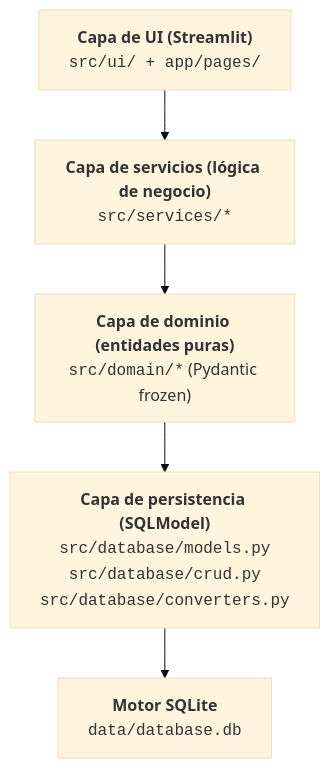
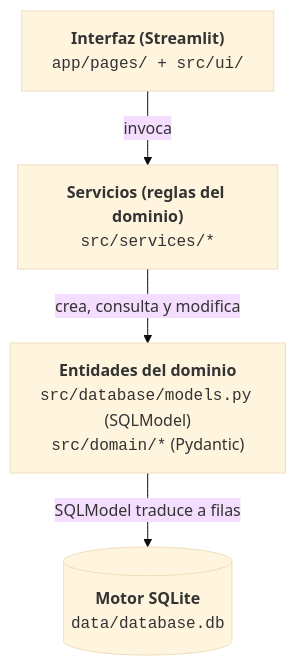
Before and after one commit to l-antonelli/gestor-aulas: the diagram in project/Informe/anexos/Anexo_Base_de_Datos.md, drawn with Mermaid (base theme). The commit also changed other lines of this file and 8 other files, not shown here.

````diff
--- a/project/Informe/anexos/Anexo_Base_de_Datos.md
+++ b/project/Informe/anexos/Anexo_Base_de_Datos.md
@@ -63,10 +66,11 @@
 ```mermaid
 flowchart TD
-    UI["<b>Capa de UI (Streamlit)</b><br/><code>src/ui/ + app/pages/</code>"]
-    SVC["<b>Capa de servicios (lógica de negocio)</b><br/><code>src/services/*</code>"]
-    DOM["<b>Capa de dominio (entidades puras)</b><br/><code>src/domain/*</code> (Pydantic frozen)"]
-    PER["<b>Capa de persistencia (SQLModel)</b><br/><code>src/database/models.py<br/>src/database/crud.py<br/>src/database/converters.py</code>"]
-    SQL["<b>Motor SQLite</b><br/><code>data/database.db</code>"]
+    UI["<b>Interfaz (Streamlit)</b><br/><code>app/pages/ + src/ui/</code>"]
+    SVC["<b>Servicios (reglas del dominio)</b><br/><code>src/services/*</code>"]
+    ENT["<b>Entidades del dominio</b><br/><code>src/database/models.py</code> (SQLModel)<br/><code>src/domain/*</code> (Pydantic)"]
+    SQL[("<b>Motor SQLite</b><br/><code>data/database.db</code>")]
 
-    UI --> SVC --> DOM --> PER --> SQL
+    UI -->|invoca| SVC
+    SVC -->|crea, consulta y modifica| ENT
+    ENT -->|SQLModel traduce a filas| SQL
 ```
````
